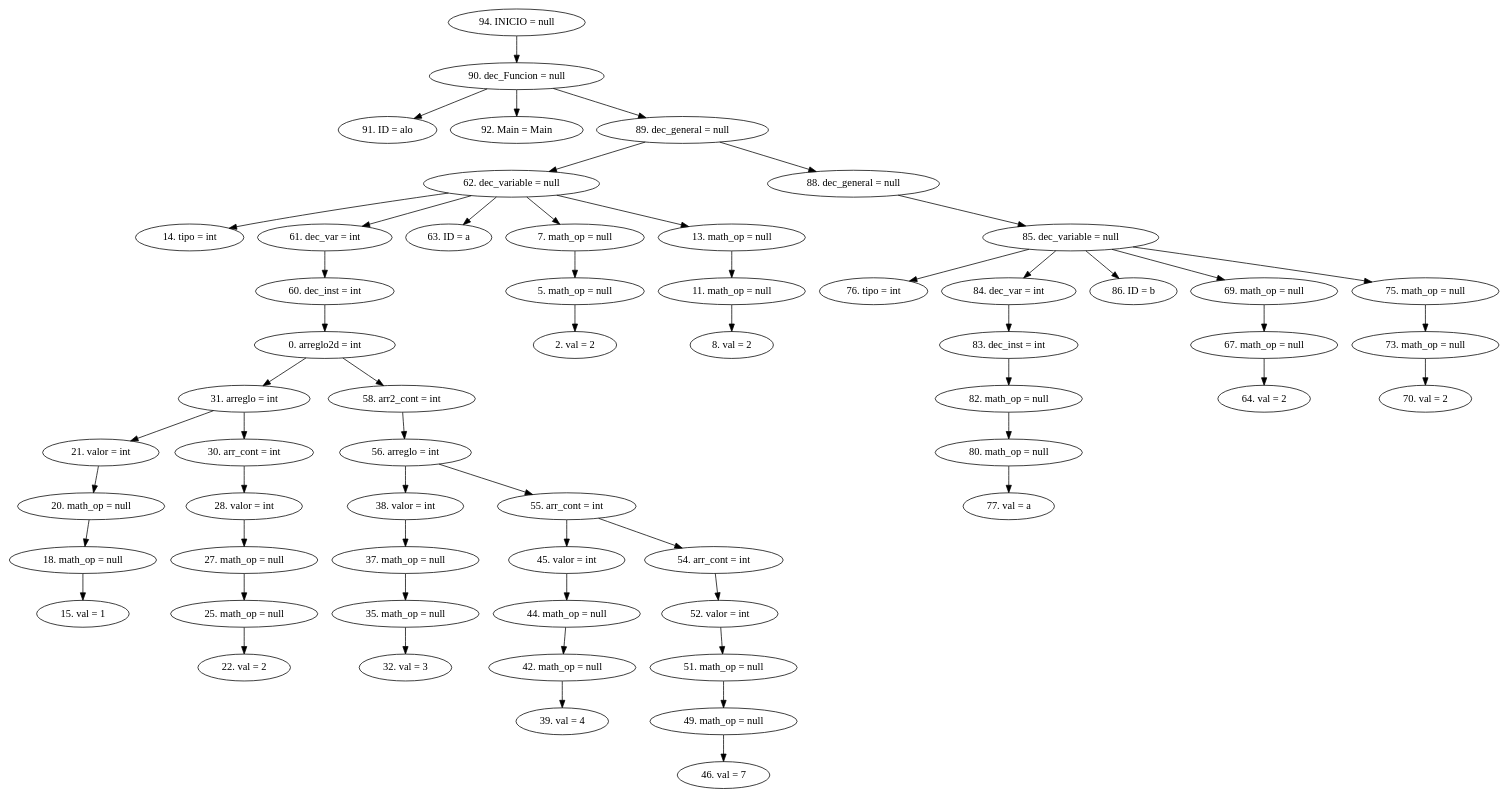
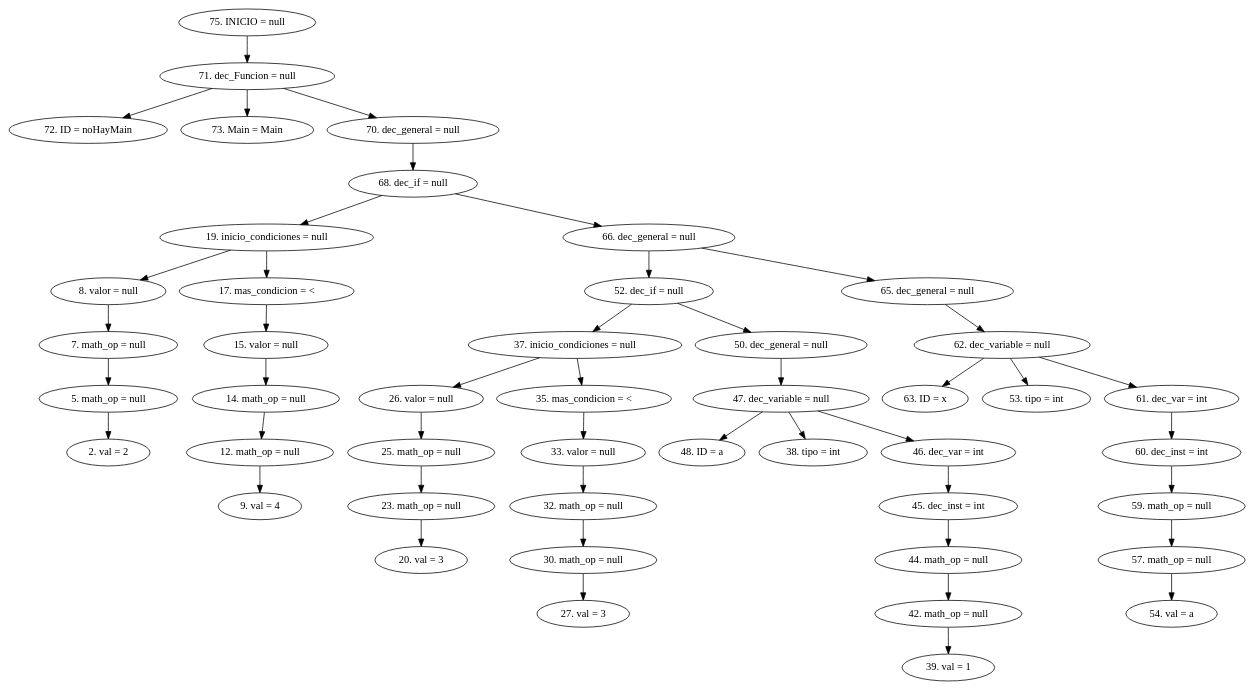
The diagram in AST.dot (CarlosSosVos/NACHTs), drawn with Graphviz before and after one commit. The commit also changed 11 other files, not shown here.

```diff
--- a/AST.dot
+++ b/AST.dot
@@ -1,61 +1,49 @@
 digraph G {
-"94. INICIO = null"->"90. dec_Funcion = null"
-"90. dec_Funcion = null"->"91. ID = alo"
-"90. dec_Funcion = null"->"92. Main = Main"
-"90. dec_Funcion = null"->"89. dec_general = null"
-"89. dec_general = null"->"62. dec_variable = null"
-"62. dec_variable = null"->"14. tipo = int"
+"75. INICIO = null"->"71. dec_Funcion = null"
+"71. dec_Funcion = null"->"72. ID = noHayMain"
+"71. dec_Funcion = null"->"73. Main = Main"
+"71. dec_Funcion = null"->"70. dec_general = null"
+"70. dec_general = null"->"68. dec_if = null"
+"68. dec_if = null"->"19. inicio_condiciones = null"
+"19. inicio_condiciones = null"->"8. valor = null"
+"8. valor = null"->"7. math_op = null"
+"7. math_op = null"->"5. math_op = null"
+"5. math_op = null"->"2. val = 2"
+"19. inicio_condiciones = null"->"17. mas_condicion = <"
+"17. mas_condicion = <"->"15. valor = null"
+"15. valor = null"->"14. math_op = null"
+"14. math_op = null"->"12. math_op = null"
+"12. math_op = null"->"9. val = 4"
+"68. dec_if = null"->"66. dec_general = null"
+"66. dec_general = null"->"52. dec_if = null"
+"52. dec_if = null"->"37. inicio_condiciones = null"
+"37. inicio_condiciones = null"->"26. valor = null"
+"26. valor = null"->"25. math_op = null"
+"25. math_op = null"->"23. math_op = null"
+"23. math_op = null"->"20. val = 3"
+"37. inicio_condiciones = null"->"35. mas_condicion = <"
+"35. mas_condicion = <"->"33. valor = null"
+"33. valor = null"->"32. math_op = null"
+"32. math_op = null"->"30. math_op = null"
+"30. math_op = null"->"27. val = 3"
+"52. dec_if = null"->"50. dec_general = null"
+"50. dec_general = null"->"47. dec_variable = null"
+"47. dec_variable = null"->"48. ID = a"
+"47. dec_variable = null"->"38. tipo = int"
+"47. dec_variable = null"->"46. dec_var = int"
+"46. dec_var = int"->"45. dec_inst = int"
+"45. dec_inst = int"->"44. math_op = null"
+"44. math_op = null"->"42. math_op = null"
+"42. math_op = null"->"39. val = 1"
+"66. dec_general = null"->"65. dec_general = null"
+"65. dec_general = null"->"62. dec_variable = null"
+"62. dec_variable = null"->"63. ID = x"
+"62. dec_variable = null"->"53. tipo = int"
 "62. dec_variable = null"->"61. dec_var = int"
 "61. dec_var = int"->"60. dec_inst = int"
-"60. dec_inst = int"->"0. arreglo2d = int"
-"0. arreglo2d = int"->"31. arreglo = int"
-"31. arreglo = int"->"21. valor = int"
-"21. valor = int"->"20. math_op = null"
-"20. math_op = null"->"18. math_op = null"
-"18. math_op = null"->"15. val = 1"
-"31. arreglo = int"->"30. arr_cont = int"
-"30. arr_cont = int"->"28. valor = int"
-"28. valor = int"->"27. math_op = null"
-"27. math_op = null"->"25. math_op = null"
-"25. math_op = null"->"22. val = 2"
-"0. arreglo2d = int"->"58. arr2_cont = int"
-"58. arr2_cont = int"->"56. arreglo = int"
-"56. arreglo = int"->"38. valor = int"
-"38. valor = int"->"37. math_op = null"
-"37. math_op = null"->"35. math_op = null"
-"35. math_op = null"->"32. val = 3"
-"56. arreglo = int"->"55. arr_cont = int"
-"55. arr_cont = int"->"45. valor = int"
-"45. valor = int"->"44. math_op = null"
-"44. math_op = null"->"42. math_op = null"
-"42. math_op = null"->"39. val = 4"
-"55. arr_cont = int"->"54. arr_cont = int"
-"54. arr_cont = int"->"52. valor = int"
-"52. valor = int"->"51. math_op = null"
-"51. math_op = null"->"49. math_op = null"
-"49. math_op = null"->"46. val = 7"
-"62. dec_variable = null"->"63. ID = a"
-"62. dec_variable = null"->"7. math_op = null"
-"7. math_op = null"->"5. math_op = null"
-"5. math_op = null"->"2. val = 2"
-"62. dec_variable = null"->"13. math_op = null"
-"13. math_op = null"->"11. math_op = null"
-"11. math_op = null"->"8. val = 2"
-"89. dec_general = null"->"88. dec_general = null"
-"88. dec_general = null"->"85. dec_variable = null"
-"85. dec_variable = null"->"76. tipo = int"
-"85. dec_variable = null"->"84. dec_var = int"
-"84. dec_var = int"->"83. dec_inst = int"
-"83. dec_inst = int"->"82. math_op = null"
-"82. math_op = null"->"80. math_op = null"
-"80. math_op = null"->"77. val = a"
-"85. dec_variable = null"->"86. ID = b"
-"85. dec_variable = null"->"69. math_op = null"
-"69. math_op = null"->"67. math_op = null"
-"67. math_op = null"->"64. val = 2"
-"85. dec_variable = null"->"75. math_op = null"
-"75. math_op = null"->"73. math_op = null"
-"73. math_op = null"->"70. val = 2"
+"60. dec_inst = int"->"59. math_op = null"
+"59. math_op = null"->"57. math_op = null"
+"57. math_op = null"->"54. val = a"
 
 
 }
```
